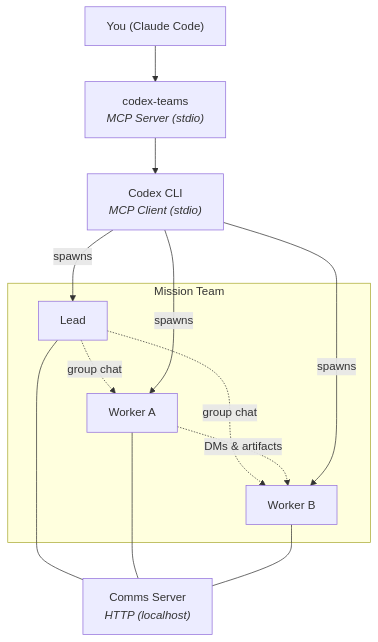
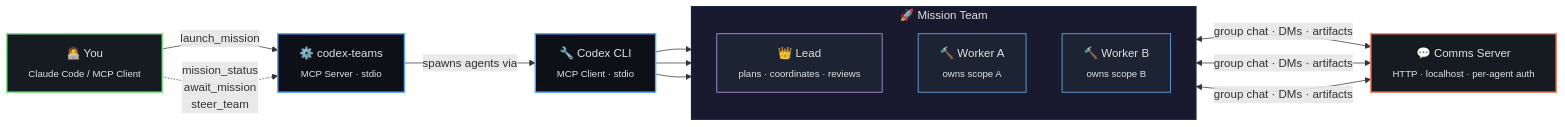
Before and after one commit to skrabe/codex-teams: the diagram in README.md, drawn with Mermaid.

Commit message:
Update architecture diagram with detailed left-to-right flow

````diff
--- a/README.md
+++ b/README.md
@@ -140,23 +140,35 @@
 ```mermaid
-graph TD
-    U["You (Claude Code)"] --> CT["codex-teams<br/><i>MCP Server (stdio)</i>"]
-    CT --> C["Codex CLI<br/><i>MCP Client (stdio)</i>"]
+graph LR
+    U["🧑‍💻 You<br/><sub>Claude Code / MCP Client</sub>"]
 
-    subgraph "Mission Team"
-      L["Lead"]
-      W1["Worker A"]
-      W2["Worker B"]
-      L -.->|"group chat"| W1
-      L -.->|"group chat"| W2
-      W1 -.->|"DMs & artifacts"| W2
+    U -->|"launch_mission"| CT["⚙️ codex-teams<br/><sub>MCP Server · stdio</sub>"]
+    U -.->|"mission_status<br/>await_mission<br/>steer_team"| CT
+
+    CT -->|"spawns agents via"| CX["🔧 Codex CLI<br/><sub>MCP Client · stdio</sub>"]
+
+    CX --> L
+    CX --> W1
+    CX --> W2
+
+    subgraph team ["🚀 Mission Team"]
+        direction TB
+        L["👑 Lead<br/><sub>plans · coordinates · reviews</sub>"]
+        W1["🔨 Worker A<br/><sub>owns scope A</sub>"]
+        W2["🔨 Worker B<br/><sub>owns scope B</sub>"]
     end
 
-    C -->|spawns| L
-    C -->|spawns| W1
-    C -->|spawns| W2
+    COMMS["💬 Comms Server<br/><sub>HTTP · localhost · per-agent auth</sub>"]
 
-    COMMS["Comms Server<br/><i>HTTP (localhost)</i>"]
-    L --- COMMS
-    W1 --- COMMS
-    W2 --- COMMS
+    L <-->|"group chat · DMs · artifacts"| COMMS
+    W1 <-->|"group chat · DMs · artifacts"| COMMS
+    W2 <-->|"group chat · DMs · artifacts"| COMMS
+
+    style team fill:#1a1a2e,stroke:#16213e,stroke-width:2px,color:#e0e0e0
+    style CT fill:#0d1117,stroke:#58a6ff,stroke-width:2px,color:#e0e0e0
+    style CX fill:#0d1117,stroke:#58a6ff,stroke-width:2px,color:#e0e0e0
+    style COMMS fill:#161b22,stroke:#f78166,stroke-width:2px,color:#e0e0e0
+    style U fill:#161b22,stroke:#7ee787,stroke-width:2px,color:#e0e0e0
+    style L fill:#1c2333,stroke:#d2a8ff,stroke-width:1px,color:#e0e0e0
+    style W1 fill:#1c2333,stroke:#79c0ff,stroke-width:1px,color:#e0e0e0
+    style W2 fill:#1c2333,stroke:#79c0ff,stroke-width:1px,color:#e0e0e0
 ```
````
